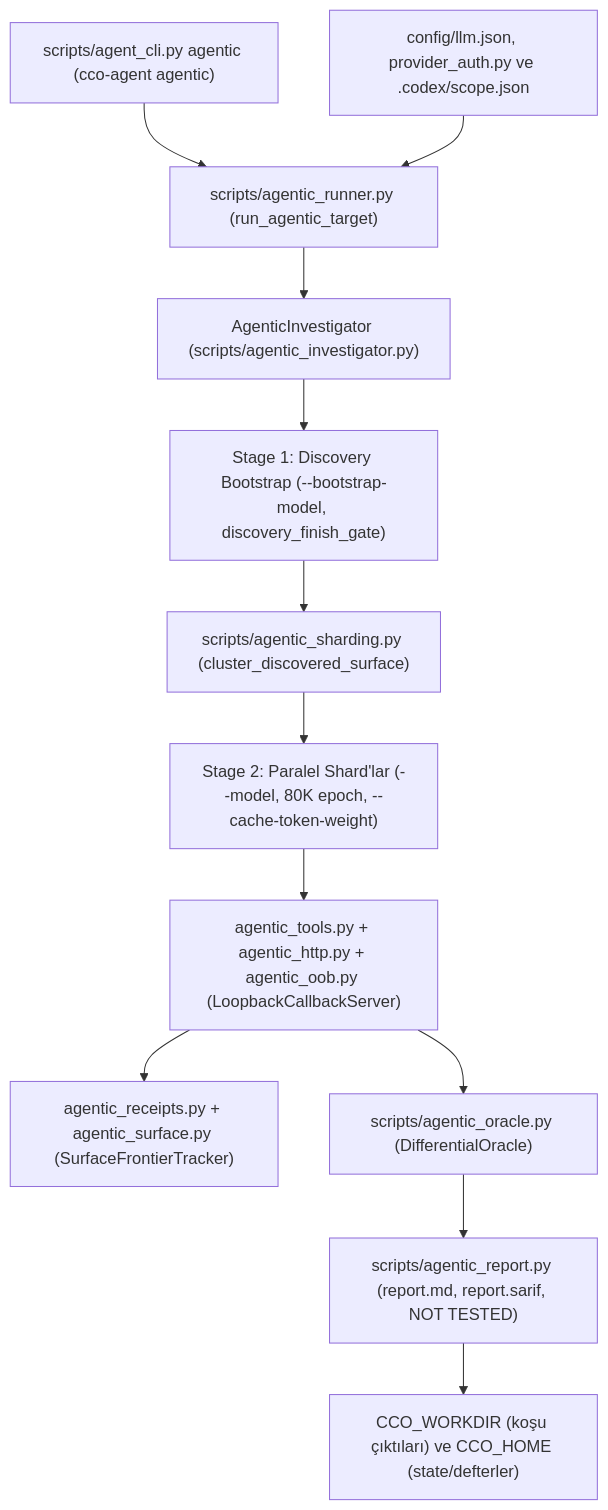
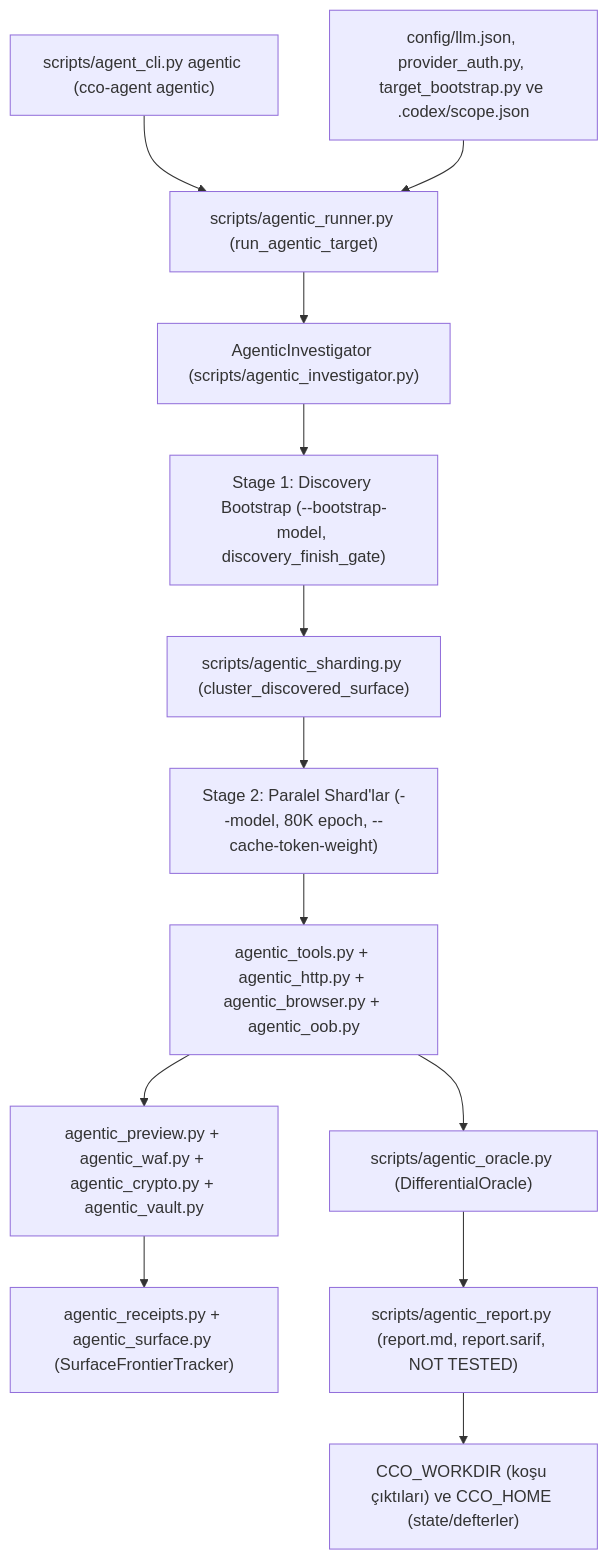
One commit to EmreMetin00007/kryon changed the diagram in docs/architecture.md. Above: the diagram before and after it, drawn with Mermaid. The commit also changed other lines of this file and 18 other files, not shown here.

Commit message:
Phase A+B: decouple agentic runner and integrate browser, WAF, token, vault, and schema extraction

````diff
--- a/docs/architecture.md
+++ b/docs/architecture.md
@@ -13,14 +13,15 @@
 ```mermaid
 flowchart TD
     CLI["scripts/agent_cli.py agentic (cco-agent agentic)"] --> RUN["scripts/agentic_runner.py (run_agentic_target)"]
-    CFG["config/llm.json, provider_auth.py ve .codex/scope.json"] --> RUN
+    CFG["config/llm.json, provider_auth.py, target_bootstrap.py ve .codex/scope.json"] --> RUN
     RUN --> INV["AgenticInvestigator (scripts/agentic_investigator.py)"]
     INV --> S1["Stage 1: Discovery Bootstrap (--bootstrap-model, discovery_finish_gate)"]
     S1 --> SHARD["scripts/agentic_sharding.py (cluster_discovered_surface)"]
     SHARD --> S2["Stage 2: Paralel Shard'lar (--model, 80K epoch, --cache-token-weight)"]
-    S2 --> TOOLS["agentic_tools.py + agentic_http.py + agentic_oob.py (LoopbackCallbackServer)"]
-    TOOLS --> SURF["agentic_receipts.py + agentic_surface.py (SurfaceFrontierTracker)"]
+    S2 --> TOOLS["agentic_tools.py + agentic_http.py + agentic_browser.py + agentic_oob.py"]
+    TOOLS --> INTEL["agentic_preview.py + agentic_waf.py + agentic_crypto.py + agentic_vault.py"]
+    INTEL --> SURF["agentic_receipts.py + agentic_surface.py (SurfaceFrontierTracker)"]
     TOOLS --> ORA["scripts/agentic_oracle.py (DifferentialOracle)"]
     ORA --> REP["scripts/agentic_report.py (report.md, report.sarif, NOT TESTED)"]
     REP --> OUT["CCO_WORKDIR (koşu çıktıları) ve CCO_HOME (state/defterler)"]
 ```
````
